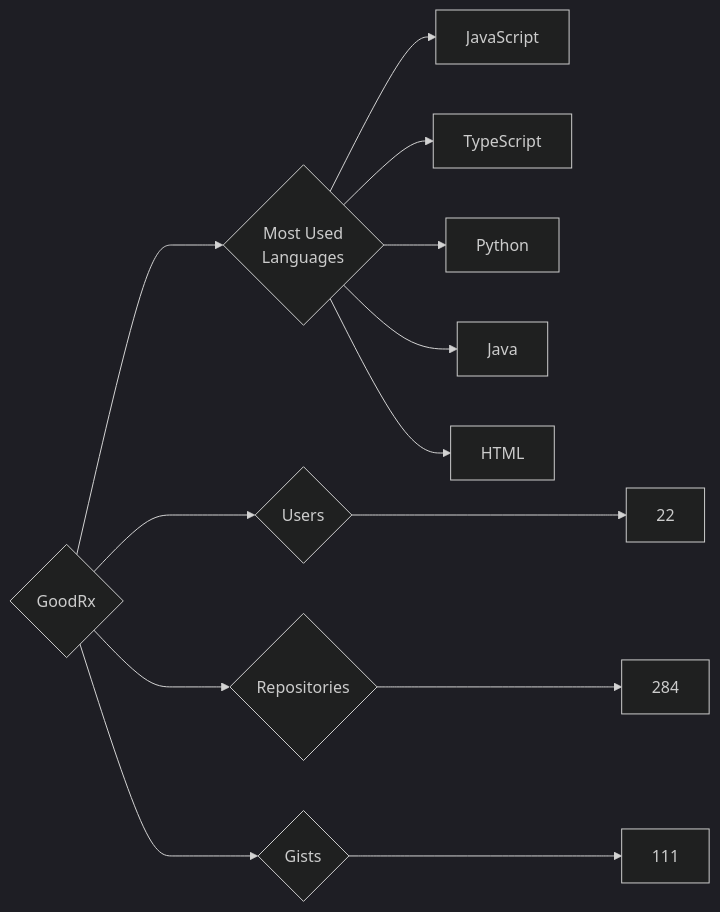
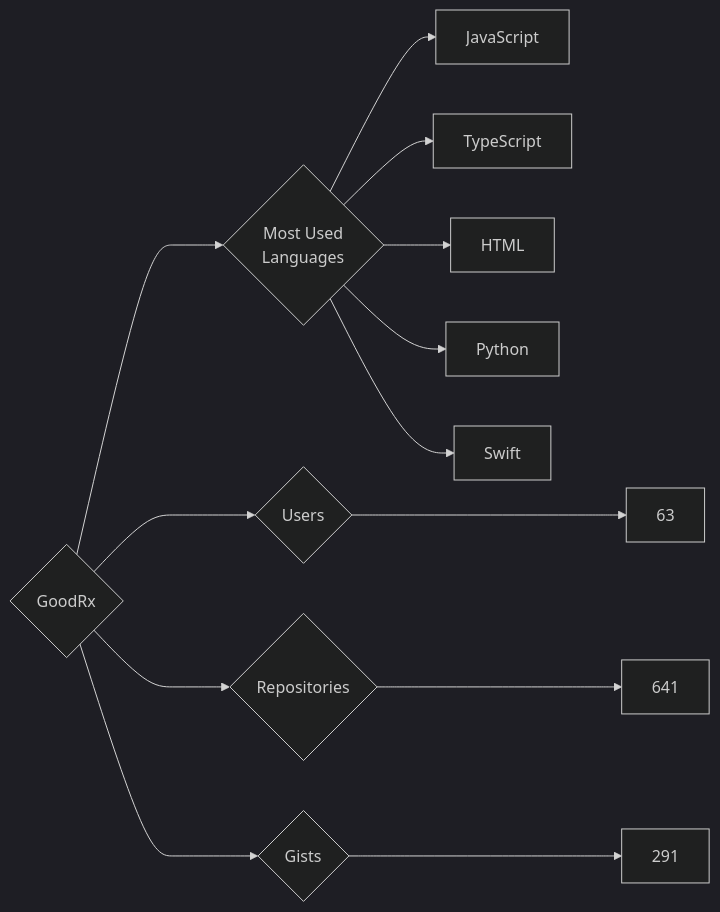
Before and after one commit to trickest/insiders: the diagram in targets/GoodRx/README.md, drawn with Mermaid (dark theme). The commit also changed 440 other files, not shown here.

````diff
--- a/targets/GoodRx/README.md
+++ b/targets/GoodRx/README.md
@@ -3,13 +3,13 @@
 ```mermaid
 graph LR
 COMPANY_NAME{GoodRx}
-COMPANY_NAME ---> U{Users} ---> UN[22]
-COMPANY_NAME ---> R{Repositories} ---> RN[284]
-COMPANY_NAME ---> G{Gists} ---> GN[111]
+COMPANY_NAME ---> U{Users} ---> UN[63]
+COMPANY_NAME ---> R{Repositories} ---> RN[641]
+COMPANY_NAME ---> G{Gists} ---> GN[291]
 COMPANY_NAME ---> ML{Most Used<br>Languages}
 ML --> JavaScript[JavaScript]
 ML --> TypeScript[TypeScript]
+ML --> HTML[HTML]
 ML --> Python[Python]
-ML --> Java[Java]
-ML --> HTML[HTML]
+ML --> Swift[Swift]
 ```
````
